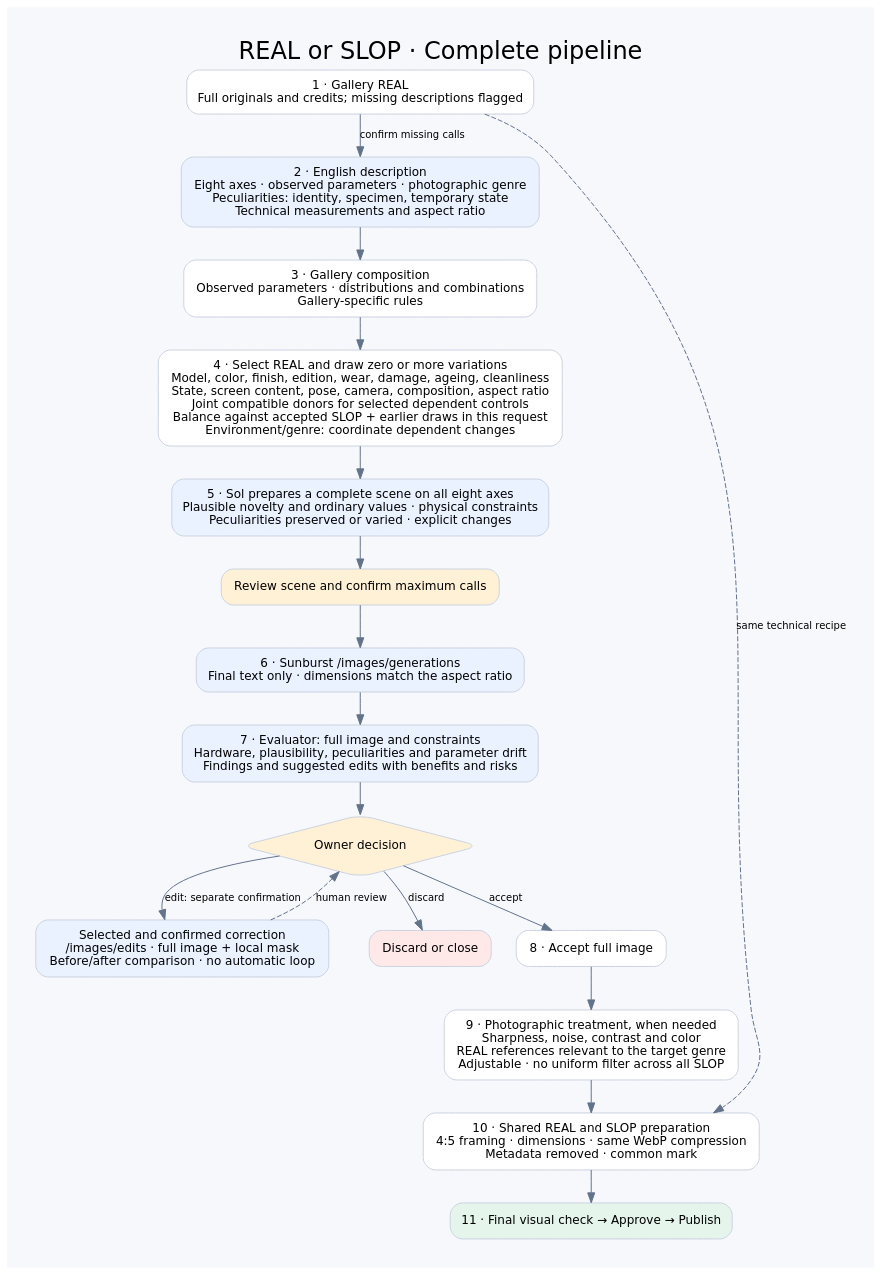
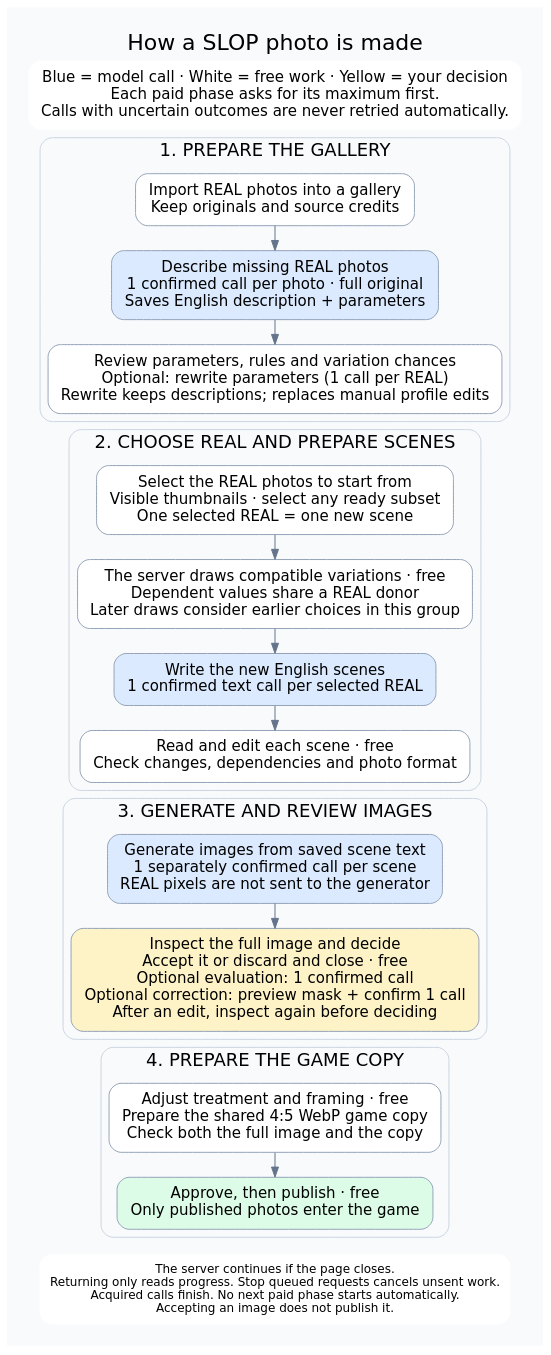
Before and after one commit to rickymusu-bit/real-or-slop: the diagram in docs/assets/pipeline-slop.dot, drawn with Graphviz. The commit also changed 12 other files, not shown here.

Commit message:
Fix explicit REAL selection and clarify the maintained pipeline diagram

```diff
--- a/docs/assets/pipeline-slop.dot
+++ b/docs/assets/pipeline-slop.dot
@@ -1,24 +1,36 @@
 digraph pipeline {
- graph [rankdir=TB,bgcolor="#f7f8fc",pad="0.4",nodesep="0.35",ranksep="0.45",fontname="DejaVu Sans",label="REAL or SLOP · Complete pipeline",labelloc=t,fontsize=24];
- node [shape=box,style="rounded,filled",fillcolor=white,color="#cad2e0",fontname="DejaVu Sans",fontsize=12,margin="0.18,0.12"];
- edge [color="#63738c",fontname="DejaVu Sans",fontsize=10];
- real [label="1 · Gallery REAL\nFull originals and credits; missing descriptions flagged"];
- describe [label="2 · English description\nEight axes · observed parameters · photographic genre\nPeculiarities: identity, specimen, temporary state\nTechnical measurements and aspect ratio",fillcolor="#eaf1ff"];
- composition [label="3 · Gallery composition\nObserved parameters · distributions and combinations\nGallery-specific rules"];
- draw [label="4 · Select REAL and draw zero or more variations\nModel, color, finish, edition, wear, damage, ageing, cleanliness\nState, screen content, pose, camera, composition, aspect ratio\nJoint compatible donors for selected dependent controls\nBalance against accepted SLOP + earlier draws in this request\nEnvironment/genre: coordinate dependent changes"];
- scene [label="5 · Sol prepares a complete scene on all eight axes\nPlausible novelty and ordinary values · physical constraints\nPeculiarities preserved or varied · explicit changes",fillcolor="#eaf1ff"];
- confirm [label="Review scene and confirm maximum calls",fillcolor="#fff1d6"];
- generate [label="6 · Sunburst /images/generations\nFinal text only · dimensions match the aspect ratio",fillcolor="#eaf1ff"];
- evaluate [label="7 · Evaluator: full image and constraints\nHardware, plausibility, peculiarities and parameter drift\nFindings and suggested edits with benefits and risks",fillcolor="#eaf1ff"];
- decision [shape=diamond,label="Owner decision",fillcolor="#fff1d6"];
- edit [label="Selected and confirmed correction\n/images/edits · full image + local mask\nBefore/after comparison · no automatic loop",fillcolor="#eaf1ff"];
- discard [label="Discard or close",fillcolor="#ffe8e8"];
- accept [label="8 · Accept full image"];
- treatment [label="9 · Photographic treatment, when needed\nSharpness, noise, contrast and color\nREAL references relevant to the target genre\nAdjustable · no uniform filter across all SLOP"];
- copy [label="10 · Shared REAL and SLOP preparation\n4:5 framing · dimensions · same WebP compression\nMetadata removed · common mark"];
- publish [label="11 · Final visual check → Approve → Publish",fillcolor="#e5f5eb"];
- real -> describe [label="confirm missing calls"]; describe -> composition -> draw -> scene -> confirm -> generate -> evaluate -> decision;
- decision -> edit [label="edit: separate confirmation"];edit -> decision [style=dashed,label="human review"];
- decision -> discard [label="discard"];decision -> accept [label="accept"];accept -> treatment -> copy -> publish;
- real -> copy [style=dashed,label="same technical recipe",constraint=false];
+ graph [rankdir=TB,bgcolor="#f8fafc",pad="0.3",nodesep="0.3",ranksep="0.35",fontname="DejaVu Sans",fontsize=22,label="How a SLOP photo is made",labelloc=t,compound=true];
+ node [shape=box,style="rounded,filled",fillcolor=white,color="#94a3b8",fontname="DejaVu Sans",fontsize=15,margin="0.18,0.12"];
+ edge [color="#64748b",fontname="DejaVu Sans",fontsize=12];
+ legend [shape=plaintext,label="Blue = model call · White = free work · Yellow = your decision\nEach paid phase asks for its maximum first.\nCalls with uncertain outcomes are never retried automatically."];
+ subgraph cluster_prepare {
+  label="1. PREPARE THE GALLERY"; color="#cbd5e1"; style=rounded; fontsize=18;
+  real [label="Import REAL photos into a gallery\nKeep originals and source credits"];
+  describe [label="Describe missing REAL photos\n1 confirmed call per photo · full original\nSaves English description + parameters",fillcolor="#dbeafe"];
+  settings [label="Review parameters, rules and variation chances\nOptional: rewrite parameters (1 call per REAL)\nRewrite keeps descriptions; replaces manual profile edits"];
+  real -> describe -> settings;
+ }
+ subgraph cluster_choose {
+  label="2. CHOOSE REAL AND PREPARE SCENES";color="#cbd5e1";style=rounded;fontsize=18;
+  choose [label="Select the REAL photos to start from\nVisible thumbnails · select any ready subset\nOne selected REAL = one new scene"];
+  draw [label="The server draws compatible variations · free\nDependent values share a REAL donor\nLater draws consider earlier choices in this group"];
+  scene [label="Write the new English scenes\n1 confirmed text call per selected REAL",fillcolor="#dbeafe"];
+  review [label="Read and edit each scene · free\nCheck changes, dependencies and photo format"];
+  choose -> draw -> scene -> review;
+ }
+ subgraph cluster_images {
+  label="3. GENERATE AND REVIEW IMAGES";color="#cbd5e1";style=rounded;fontsize=18;
+  generate [label="Generate images from saved scene text\n1 separately confirmed call per scene\nREAL pixels are not sent to the generator",fillcolor="#dbeafe"];
+  inspect [label="Inspect the full image and decide\nAccept it or discard and close · free\nOptional evaluation: 1 confirmed call\nOptional correction: preview mask + confirm 1 call\nAfter an edit, inspect again before deciding",fillcolor="#fef3c7"];
+  generate -> inspect;
+
+ }
+ subgraph cluster_finish {
+  label="4. PREPARE THE GAME COPY";color="#cbd5e1";style=rounded;fontsize=18;
+  copy [label="Adjust treatment and framing · free\nPrepare the shared 4:5 WebP game copy\nCheck both the full image and the copy"];
+  publish [label="Approve, then publish · free\nOnly published photos enter the game",fillcolor="#dcfce7"];
+  copy -> publish;
+ }
+ notes [shape=plaintext,fontsize=12,label="The server continues if the page closes.\nReturning only reads progress. Stop queued requests cancels unsent work.\nAcquired calls finish. No next paid phase starts automatically.\nAccepting an image does not publish it."];
+ legend -> real [style=invis];settings -> choose [style=invis];review -> generate [style=invis];inspect -> copy [style=invis];publish -> notes [style=invis];
 }
```
